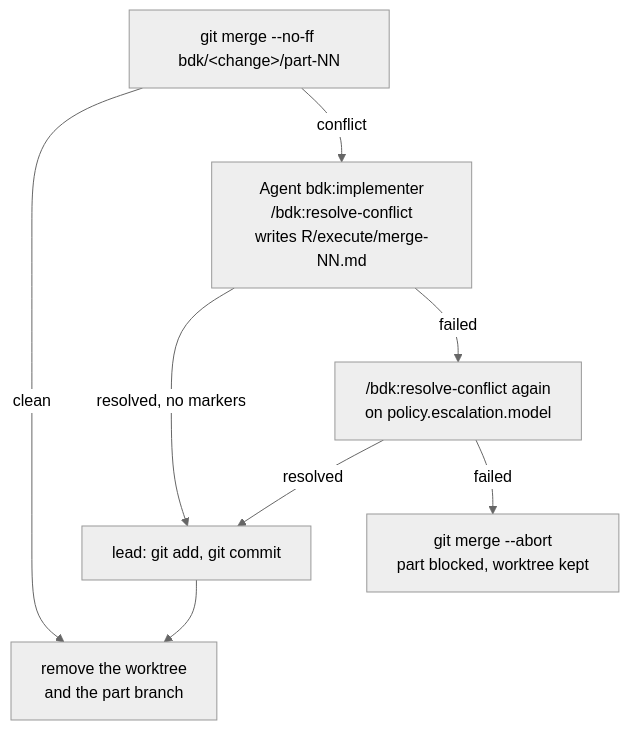
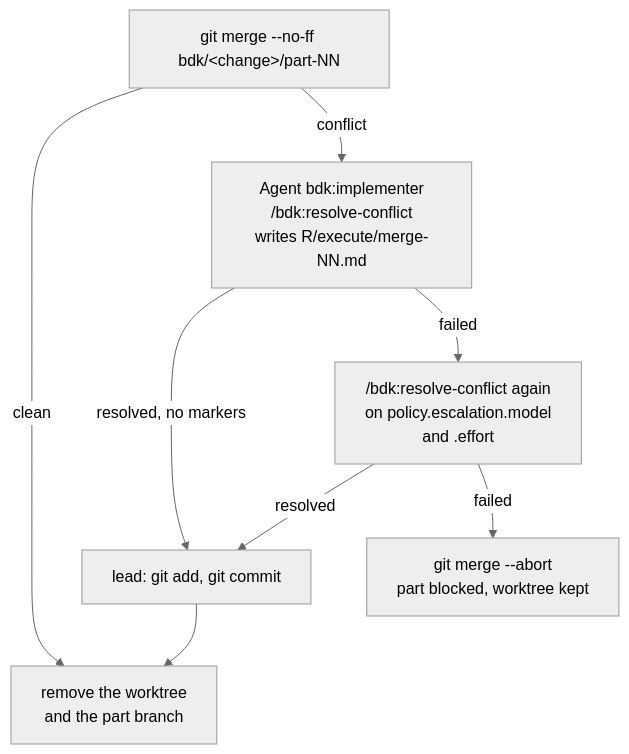
One commit to broneq/bdk changed the eighth of 15 diagrams in docs/concepts/orchestrators.md. Above: the diagram before and after it, drawn with Mermaid (neutral theme). The commit also changed other lines of this file and 112 other files, not shown here.

First line of the commit message:
feat(bdk)!: model and effort per agent role, designer and planner agents

````diff
--- a/docs/concepts/orchestrators.md
+++ b/docs/concepts/orchestrators.md
@@ -146,10 +146,10 @@
 ```mermaid
 flowchart TB
   MER["git merge --no-ff bdk/&lt;change&gt;/part-NN"]
   MER -->|"clean"| MC["remove the worktree<br/>and the part branch"]
   MER -->|"conflict"| RC["Agent bdk:implementer<br/>/bdk:resolve-conflict<br/>writes R/execute/merge-NN.md"]
   RC -->|"resolved, no markers"| CM["lead: git add, git commit"] --> MC
-  RC -->|"failed"| RC2["/bdk:resolve-conflict again<br/>on policy.escalation.model"]
+  RC -->|"failed"| RC2["/bdk:resolve-conflict again<br/>on policy.escalation.model<br/>and .effort"]
   RC2 -->|"resolved"| CM
   RC2 -->|"failed"| AB["git merge --abort<br/>part blocked, worktree kept"]
 ```
````
